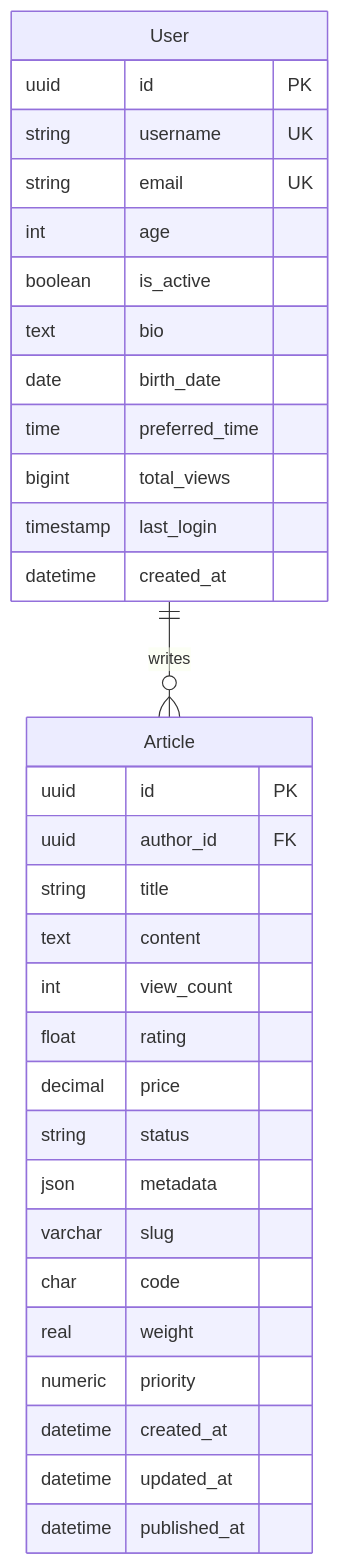
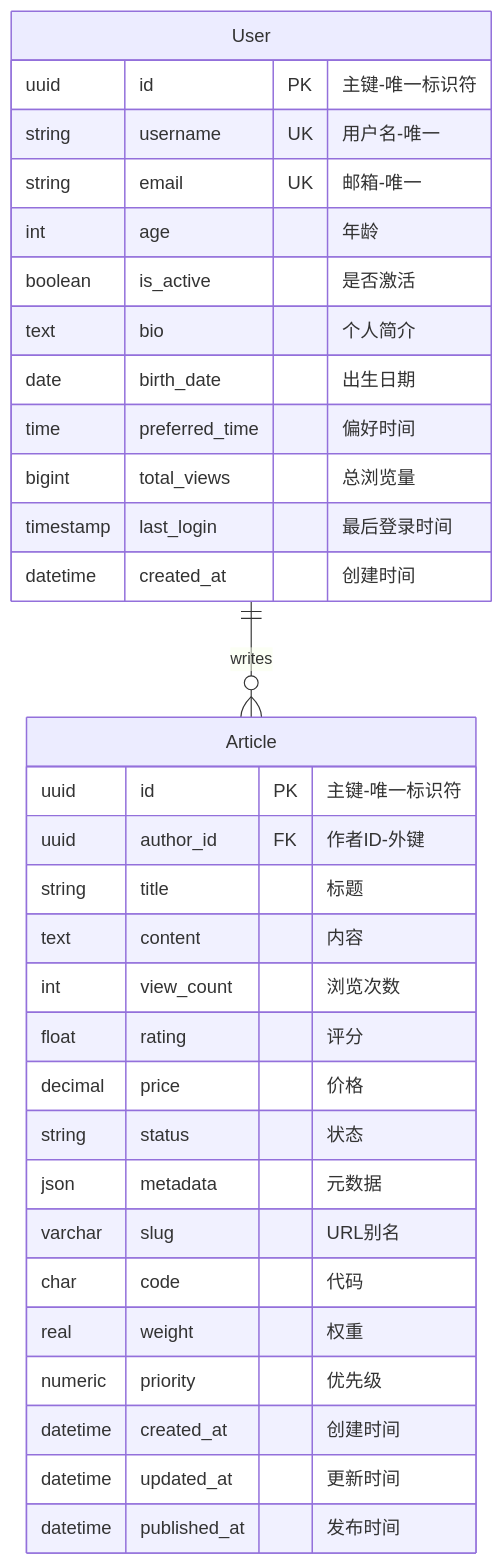
One commit to x007007007/er-generate-model changed the diagram in examples/blog_v8.mmd. Above: the diagram before and after it, drawn with Mermaid. The commit also changed 30 other files, not shown here.

```diff
--- a/examples/blog_v8.mmd
+++ b/examples/blog_v8.mmd
@@ -1,35 +1,35 @@
 erDiagram
     User ||--o{ Article : writes
     
     User {
-        uuid id PK
-        string username UK
-        string email UK
-        int age
-        boolean is_active
-        text bio
-        date birth_date
-        time preferred_time
-        bigint total_views
-        timestamp last_login
-        datetime created_at
+        uuid id PK "主键-唯一标识符"
+        string username UK "用户名-唯一"
+        string email UK "邮箱-唯一"
+        int age "年龄"
+        boolean is_active "是否激活"
+        text bio "个人简介"
+        date birth_date "出生日期"
+        time preferred_time "偏好时间"
+        bigint total_views "总浏览量"
+        timestamp last_login "最后登录时间"
+        datetime created_at "创建时间"
     }
     
     Article {
-        uuid id PK
-        uuid author_id FK
-        string title
-        text content
-        int view_count
-        float rating
-        decimal price
-        string status
-        json metadata
-        varchar slug
-        char code
-        real weight
-        numeric priority
-        datetime created_at
-        datetime updated_at
-        datetime published_at
+        uuid id PK "主键-唯一标识符"
+        uuid author_id FK "作者ID-外键"
+        string title "标题"
+        text content "内容"
+        int view_count "浏览次数"
+        float rating "评分"
+        decimal price "价格"
+        string status "状态"
+        json metadata "元数据"
+        varchar slug "URL别名"
+        char code "代码"
+        real weight "权重"
+        numeric priority "优先级"
+        datetime created_at "创建时间"
+        datetime updated_at "更新时间"
+        datetime published_at "发布时间"
     }
```
